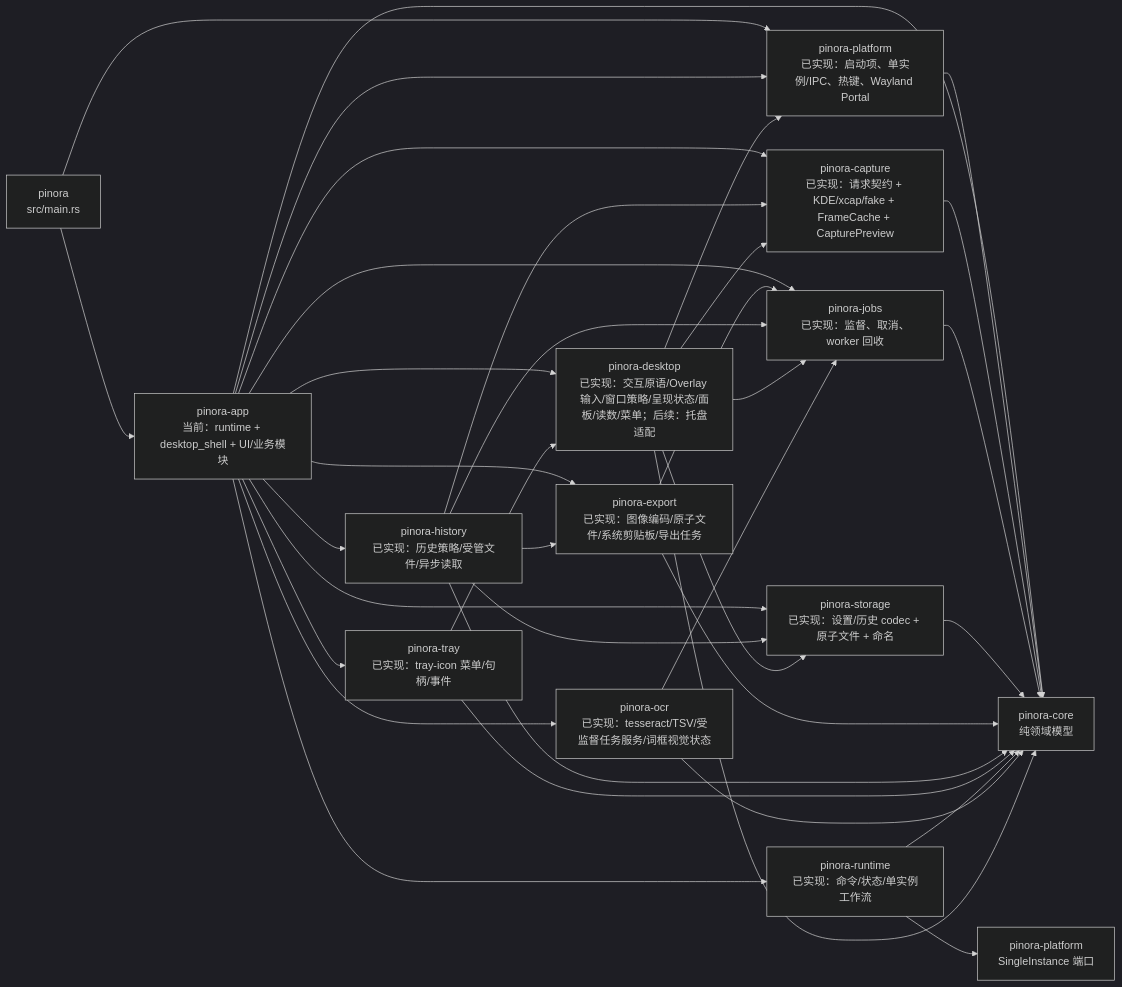
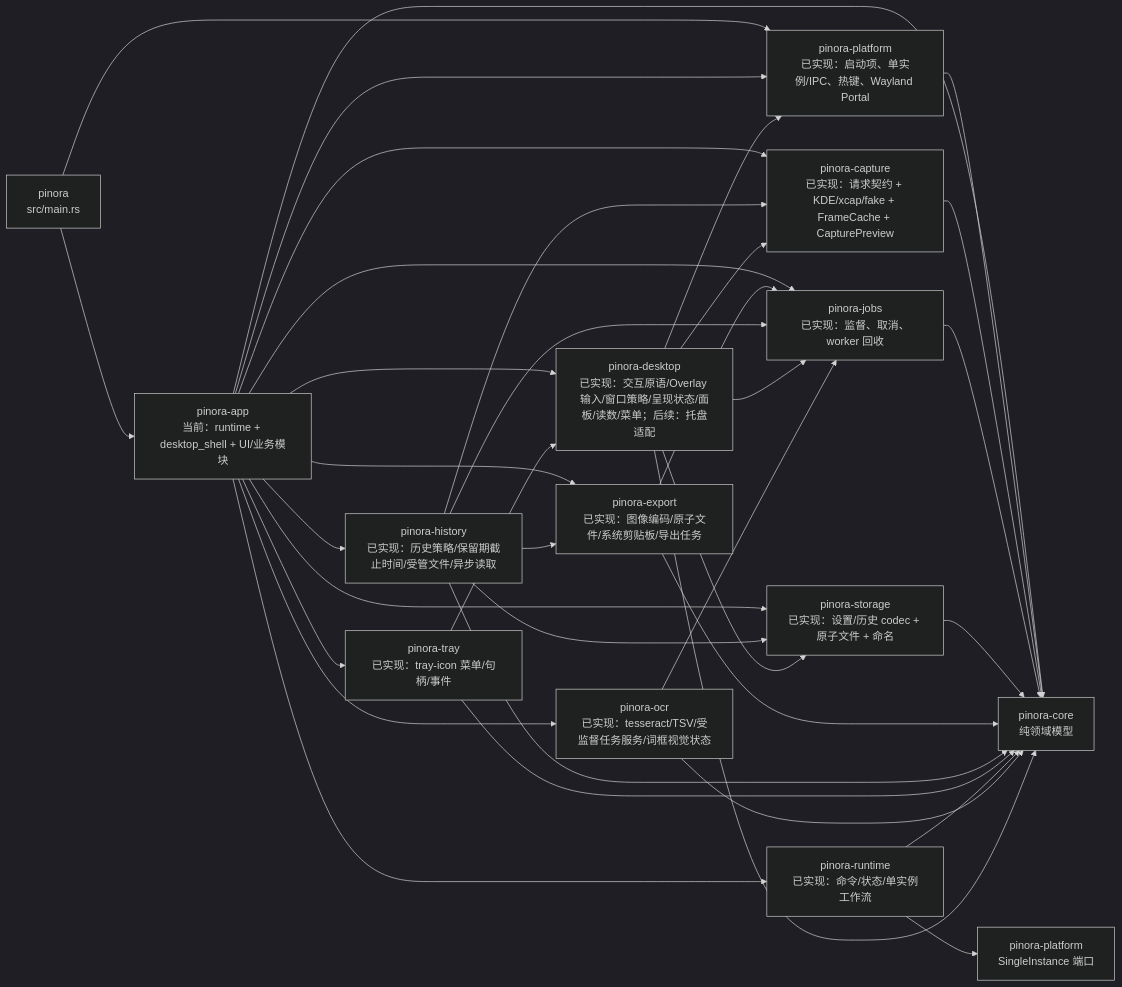
The third of 23 diagrams in docs/Pinora-开发设计文档.md (yhyzgn/pinora), drawn with Mermaid (dark theme) before and after one commit. The commit also changed other lines of this file and 10 other files, not shown here.

````diff
--- a/docs/Pinora-开发设计文档.md
+++ b/docs/Pinora-开发设计文档.md
@@ -236,39 +236,39 @@
 ```mermaid
 flowchart LR
     Main["pinora\nsrc/main.rs"] --> App["pinora-app\n当前：runtime + desktop_shell + UI/业务模块"]
     Main --> Platform["pinora-platform\n已实现：启动项、单实例/IPC、热键、Wayland Portal"]
     App --> Platform
     App --> Core["pinora-core\n纯领域模型"]
     Platform --> Core
 
     App --> CaptureNow["pinora-capture\n已实现：请求契约 + KDE/xcap/fake + FrameCache + CapturePreview"]
     CaptureNow --> Core
     App --> JobsNow["pinora-jobs\n已实现：监督、取消、worker 回收"]
     JobsNow --> Core
     App --> StorageNow["pinora-storage\n已实现：设置/历史 codec + 原子文件 + 命名"]
     StorageNow --> Core
     App --> Desktop["pinora-desktop\n已实现：交互原语/Overlay 输入/窗口策略/呈现状态/面板/读数/菜单；后续：托盘适配"]
     App --> ExportNow["pinora-export\n已实现：图像编码/原子文件/系统剪贴板/导出任务"]
     ExportNow --> Core
     ExportNow --> JobsNow
-    App --> HistoryNow["pinora-history\n已实现：历史策略/受管文件/异步读取"]
+    App --> HistoryNow["pinora-history\n已实现：历史策略/保留期截止时间/受管文件/异步读取"]
     HistoryNow --> Core
     HistoryNow --> StorageNow
     HistoryNow --> CaptureNow
     HistoryNow --> JobsNow
     HistoryNow --> ExportNow
     App --> TrayNow["pinora-tray\n已实现：tray-icon 菜单/句柄/事件"]
     TrayNow --> Core
     TrayNow --> Desktop
     App --> RuntimeNow["pinora-runtime\n已实现：命令/状态/单实例工作流"]
     RuntimeNow --> Core
     RuntimeNow --> PlatformNow["pinora-platform\nSingleInstance 端口"]
     App --> Ocr["pinora-ocr\n已实现：tesseract/TSV/受监督任务服务/词框视觉状态"]
     Ocr --> Core
     Desktop --> Core
     Desktop --> Platform
     Desktop --> CaptureNow
     Desktop --> JobsNow
     Desktop --> StorageNow
     Ocr --> JobsNow
 ```
````
